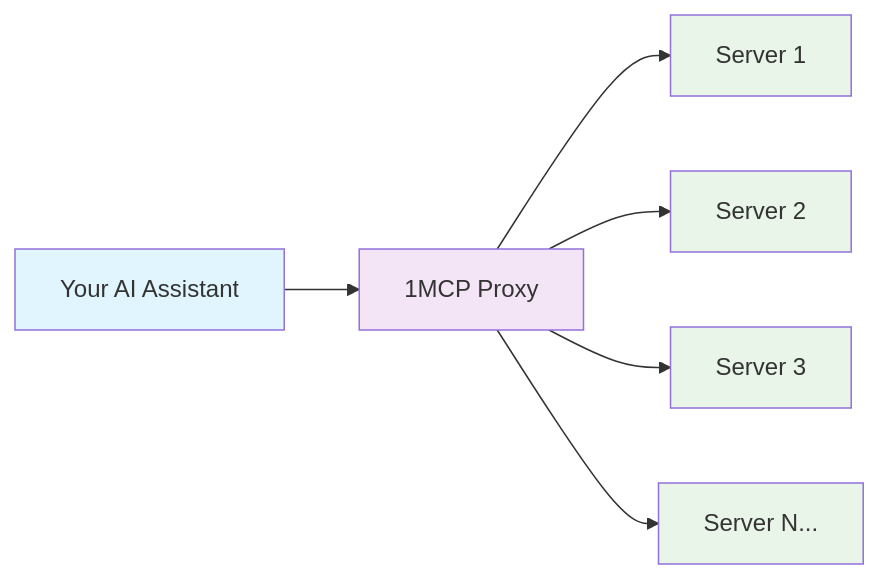
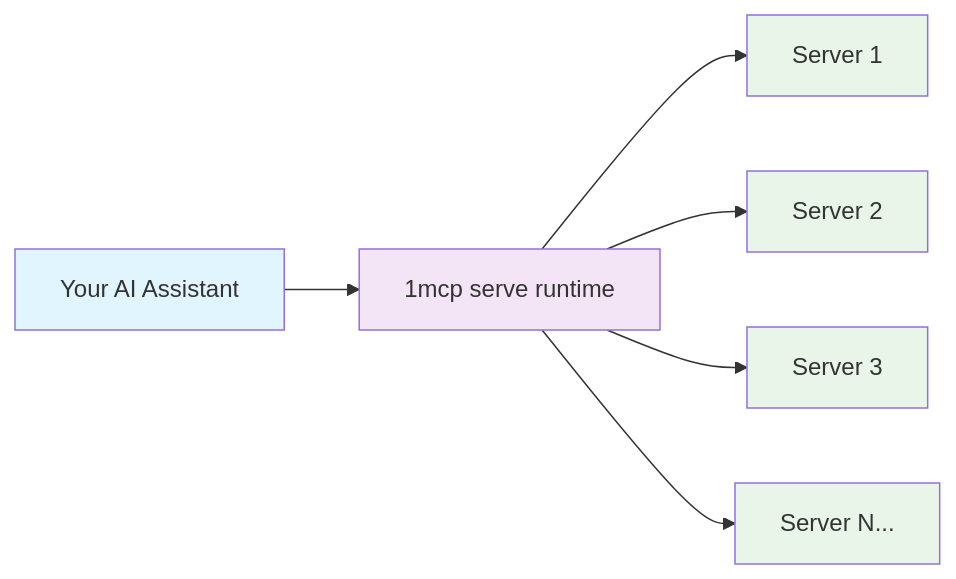
Before and after one commit to 1mcp-app/agent: the diagram in docs/en/guide/essentials/core-features.md, drawn with Mermaid. The commit also changed other lines of this file and 30 other files, not shown here.

````diff
--- a/docs/en/guide/essentials/core-features.md
+++ b/docs/en/guide/essentials/core-features.md
@@ -26,15 +26,15 @@
 ```mermaid
 graph LR
-    A[Your AI Assistant] --> B[1MCP Proxy]
+    A[Your AI Assistant] --> B[1mcp serve runtime]
     B --> C[Server 1]
     B --> D[Server 2]
     B --> E[Server 3]
     B --> F[Server N...]
 
     style A fill:#e1f5fe
     style B fill:#f3e5f5
     style C fill:#e8f5e8
     style D fill:#e8f5e8
     style E fill:#e8f5e8
     style F fill:#e8f5e8
 ```
````
